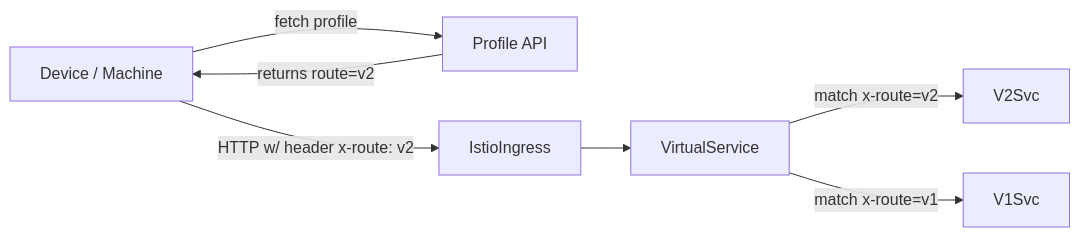
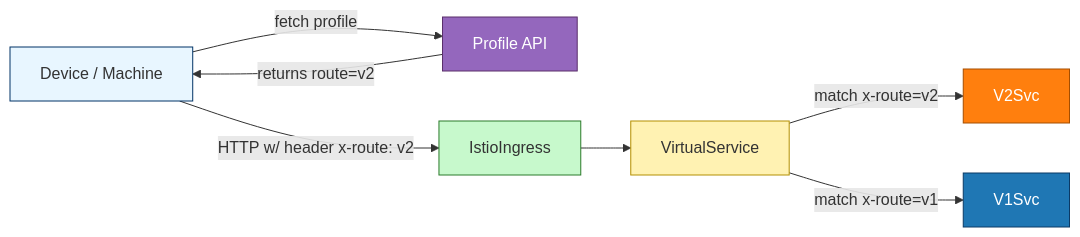
Before and after one commit to bretonne/location-rollout-demo: the second of 3 diagrams in presentation.md, drawn with Mermaid. The commit also changed other lines of this file and 1 other file, not shown here.

````diff
--- a/presentation.md
+++ b/presentation.md
@@ -54,9 +66,23 @@
 ```mermaid
 flowchart LR
   Device[Device / Machine] -->|fetch profile| ProfileAPI[Profile API]
   ProfileAPI -->|returns route=v2| Device
   Device -->|HTTP w/ header x-route: v2| IstioIngress
   IstioIngress --> VirtualService
   VirtualService -->|match x-route=v2| V2Svc
   VirtualService -->|match x-route=v1| V1Svc
+
+  classDef deviceClass fill:#E8F6FF,stroke:#036,stroke-width:1px;
+  classDef apiClass fill:#9467bd,stroke:#5a2f6b,color:#ffffff,stroke-width:1px;
+  classDef ingressClass fill:#C7F9CC,stroke:#2a7a2a,stroke-width:1px;
+  classDef vsClass fill:#FFF2B2,stroke:#b38f00,stroke-width:1px;
+  classDef v1Class fill:#1f77b4,stroke:#0b3a66,color:#ffffff,stroke-width:1px;
+  classDef v2Class fill:#ff7f0e,stroke:#a54e00,color:#ffffff,stroke-width:1px;
+
+  class Device deviceClass;
+  class ProfileAPI apiClass;
+  class IstioIngress ingressClass;
+  class VirtualService vsClass;
+  class V1Svc v1Class;
+  class V2Svc v2Class;
 ```
````
